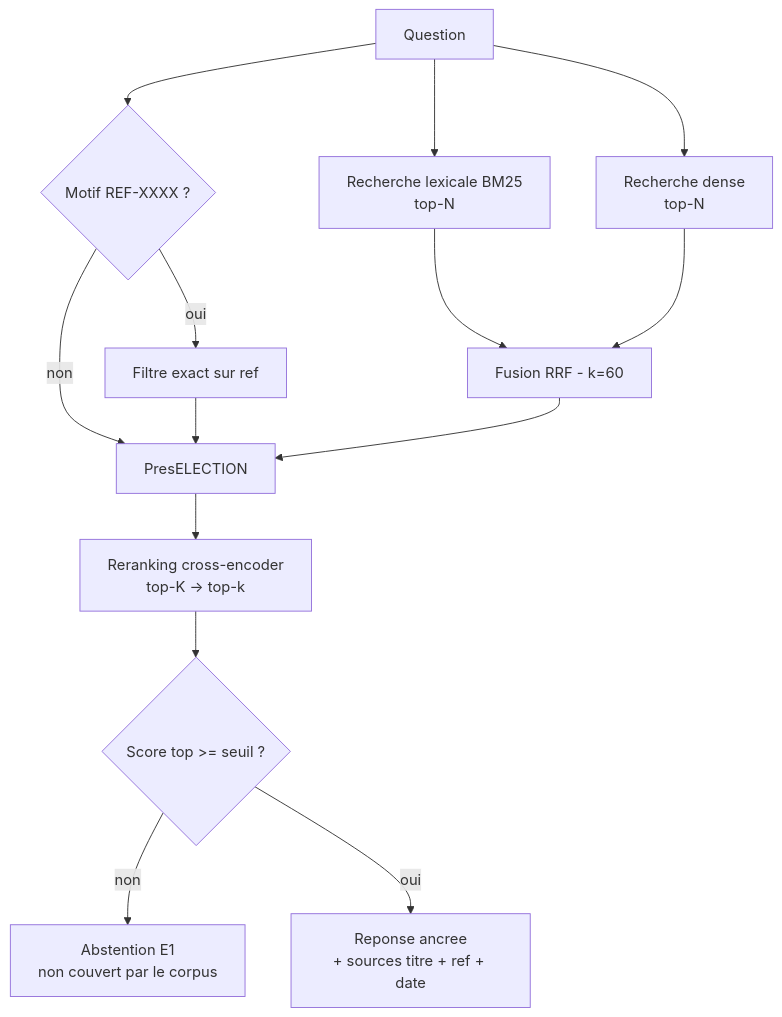
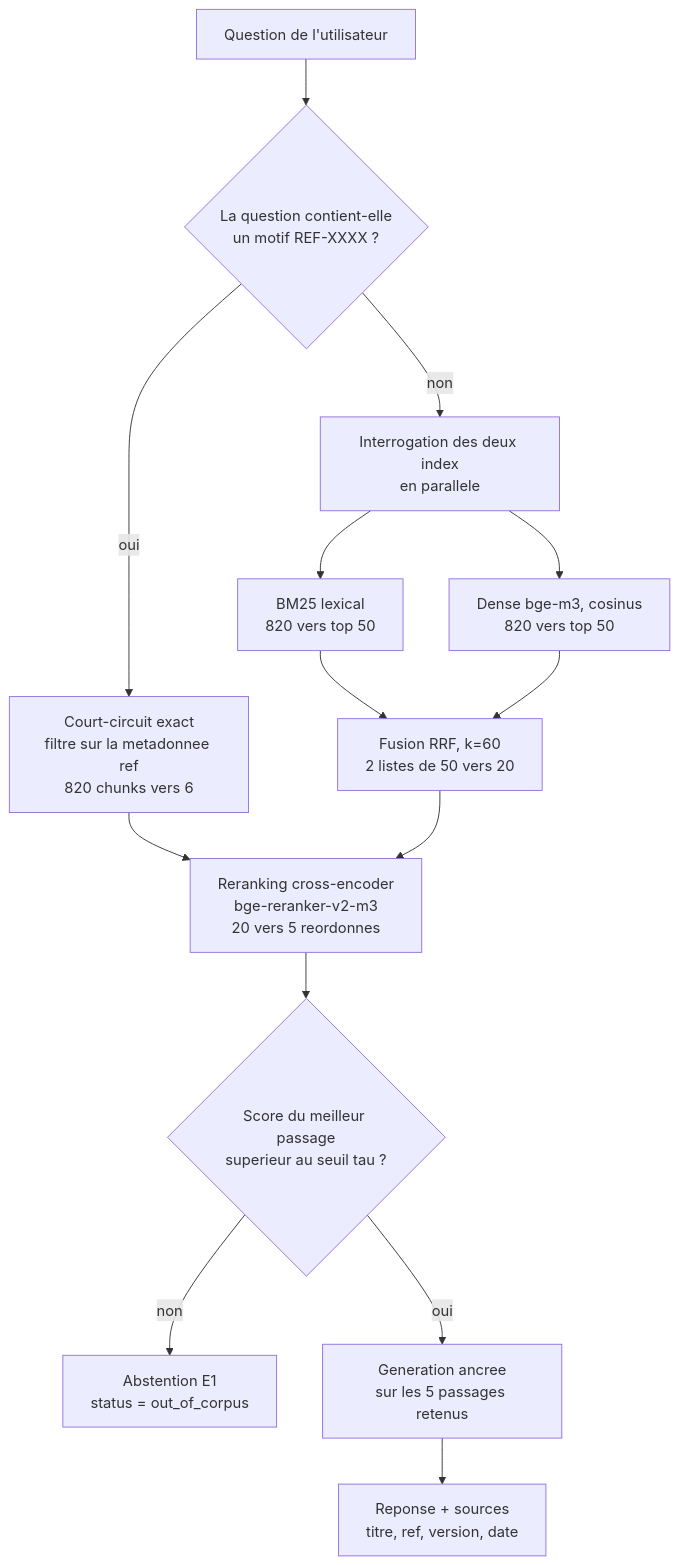
One commit to Bealph/sorabel-gateway changed the fourth of 4 diagrams in docs/conception/01_flux_chunks.md. Above: the diagram before and after it, drawn with Mermaid. The commit also changed other lines of this file and 1 other file, not shown here.

First line of the commit message:
Detailler le flux d'ingestion, le retrieval, le chunk et les metadonnees

````diff
--- a/docs/conception/01_flux_chunks.md
+++ b/docs/conception/01_flux_chunks.md
@@ -248,16 +387,21 @@
 ```mermaid
-flowchart TD
-    Q[Question] --> R{Motif REF-XXXX ?}
-    R -->|oui| RF[Filtre exact sur ref]
-    R -->|non| P
-    RF --> P[PresELECTION]
-    Q --> BM[Recherche lexicale BM25<br/>top-N]
-    Q --> DN[Recherche dense<br/>top-N]
-    BM --> FU[Fusion RRF - k=60]
+flowchart TB
+    Q["Question de l'utilisateur"] --> R{"La question contient-elle<br/>un motif REF-XXXX ?"}
+
+    R -->|oui| EX["Court-circuit exact<br/>filtre sur la metadonnee ref<br/>820 chunks vers 6"]
+    R -->|non| SP["Interrogation des deux index<br/>en parallele"]
+
+    SP --> BM["BM25 lexical<br/>820 vers top 50"]
+    SP --> DN["Dense bge-m3, cosinus<br/>820 vers top 50"]
+
+    BM --> FU["Fusion RRF, k=60<br/>2 listes de 50 vers 20"]
     DN --> FU
-    FU --> P
-    P --> RR[Reranking cross-encoder<br/>top-K -> top-k]
-    RR --> SG{Score top &gt;= seuil ?}
-    SG -->|non| AB[Abstention E1<br/>non couvert par le corpus]
-    SG -->|oui| AN[Reponse ancree<br/>+ sources titre + ref + date]
+
+    EX --> RR["Reranking cross-encoder<br/>bge-reranker-v2-m3<br/>20 vers 5 reordonnes"]
+    FU --> RR
+
+    RR --> SG{"Score du meilleur passage<br/>superieur au seuil tau ?"}
+    SG -->|non| AB["Abstention E1<br/>status = out_of_corpus"]
+    SG -->|oui| GE["Generation ancree<br/>sur les 5 passages retenus"]
+    GE --> OU["Reponse + sources<br/>titre, ref, version, date"]
 ```
````
